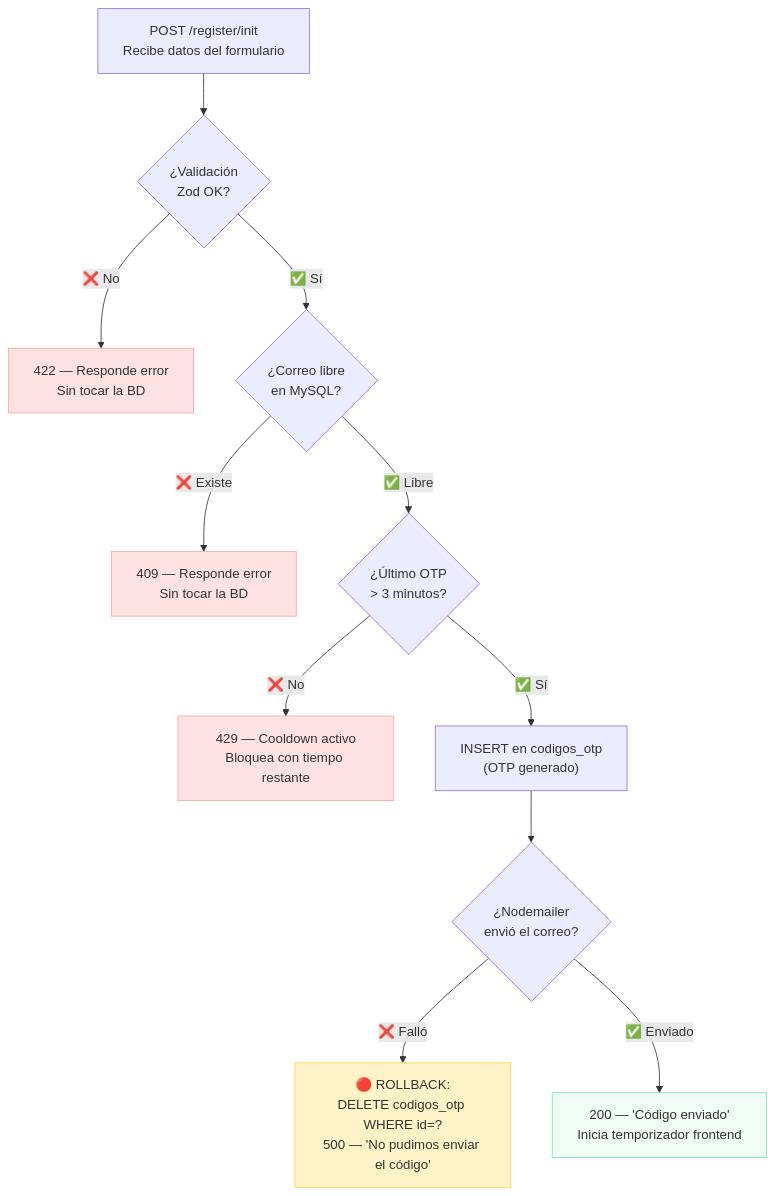
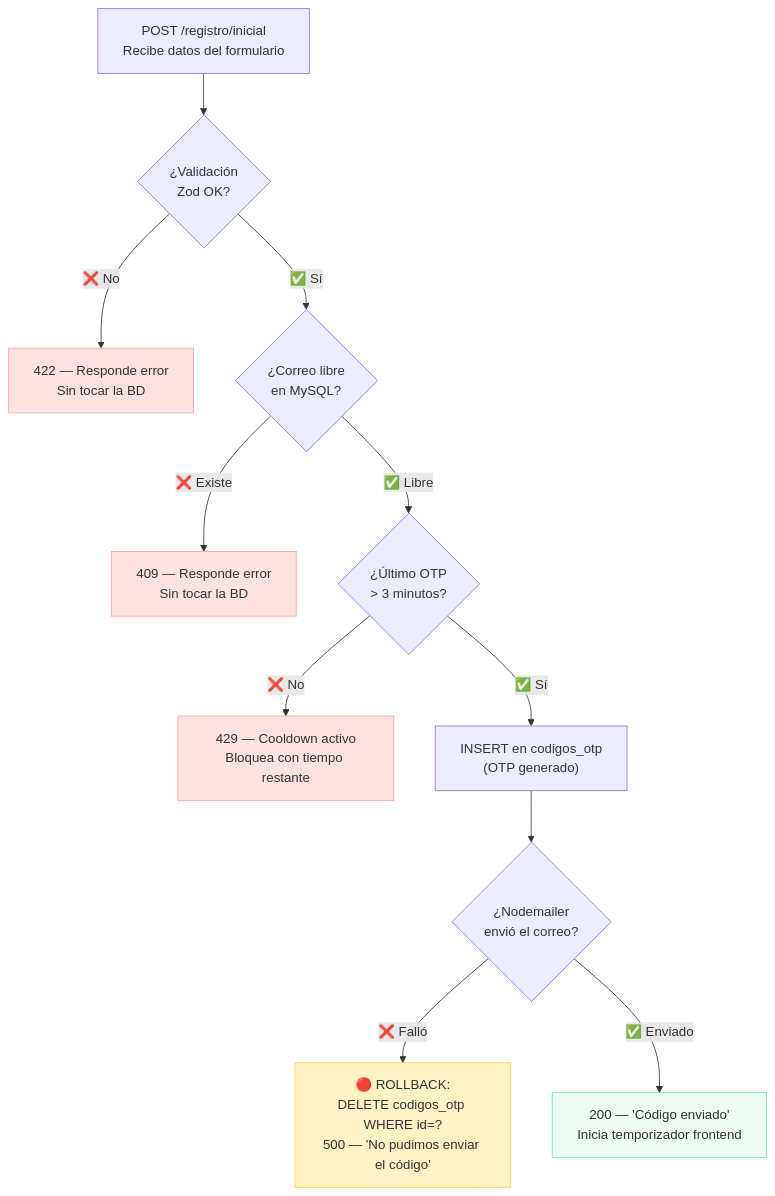
Before and after one commit to arturomiranda/ds-qs: the fourth of 6 diagrams in web/modules/registro/Registro_Plan.md, drawn with Mermaid. The commit also changed other lines of this file and 6 other files, not shown here.

````diff
--- a/web/modules/registro/Registro_Plan.md
+++ b/web/modules/registro/Registro_Plan.md
@@ -535,19 +535,19 @@
 ```mermaid
 flowchart TD
-    A["POST /register/init<br/>Recibe datos del formulario"] --> B{"¿Validación<br/>Zod OK?"}
+    A["POST /registro/inicial<br/>Recibe datos del formulario"] --> B{"¿Validación<br/>Zod OK?"}
     B -->|"❌ No"| B1["422 — Responde error<br/>Sin tocar la BD"]
     B -->|"✅ Sí"| C{"¿Correo libre<br/>en MySQL?"}
     C -->|"❌ Existe"| C1["409 — Responde error<br/>Sin tocar la BD"]
     C -->|"✅ Libre"| D{"¿Último OTP<br/>> 3 minutos?"}
     D -->|"❌ No"| D1["429 — Cooldown activo<br/>Bloquea con tiempo restante"]
     D -->|"✅ Sí"| E["INSERT en codigos_otp<br/>(OTP generado)"]
     E --> F{"¿Nodemailer<br/>envió el correo?"}
     F -->|"❌ Falló"| F1["🔴 ROLLBACK:<br/>DELETE codigos_otp WHERE id=?<br/>500 — 'No pudimos enviar el código'"]
     F -->|"✅ Enviado"| G["200 — 'Código enviado'<br/>Inicia temporizador frontend"]
 
     style B1 fill:#FEE2E2,stroke:#FCA5A5
     style C1 fill:#FEE2E2,stroke:#FCA5A5
     style D1 fill:#FEE2E2,stroke:#FCA5A5
     style F1 fill:#FEF3C7,stroke:#FCD34D
     style G fill:#F0FDF4,stroke:#6EE7B7
 ```
````
